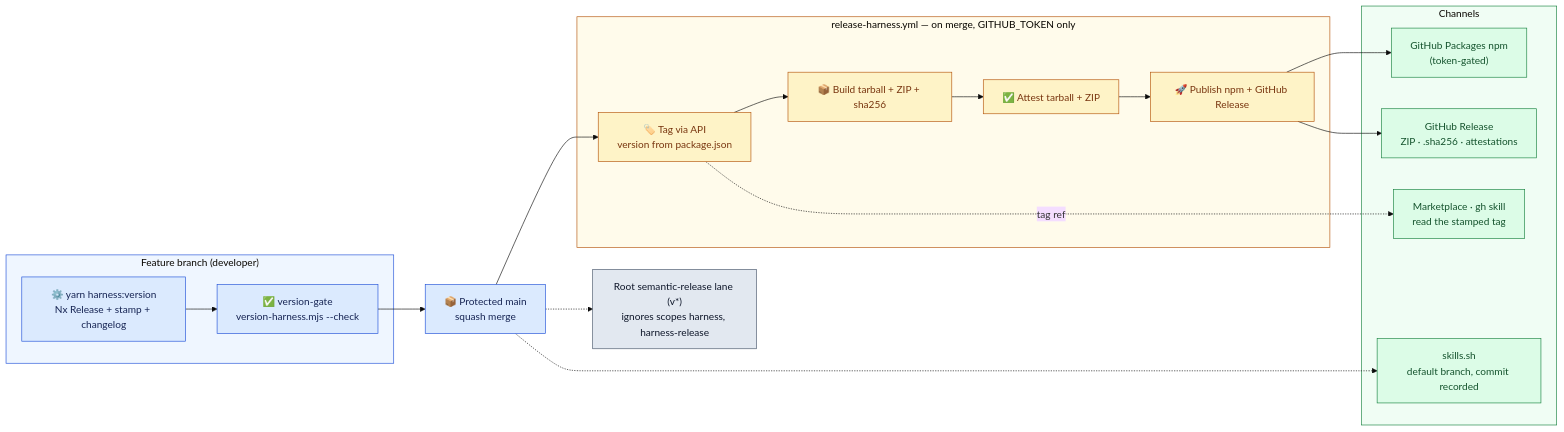
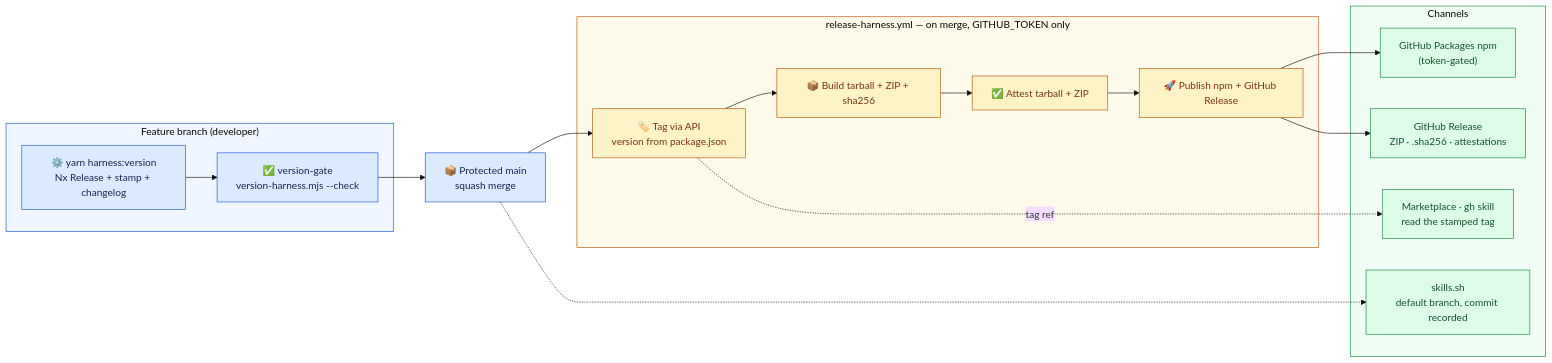
The diagram in docs/Target Architecture (HLD)/v1/Containers/Harness Release Pipeline.md (DataArt/artisyn-implementation-harness), drawn with Mermaid (base theme) before and after one commit. The commit also changed other lines of this file and 33 other files, not shown here.

First line of the commit message:
docs(release): describe the retired shim, the renamed E2E app and the single Nx release lane

````diff
--- a/docs/Target Architecture (HLD)/v1/Containers/Harness Release Pipeline.md
+++ b/docs/Target Architecture (HLD)/v1/Containers/Harness Release Pipeline.md
@@ -13,40 +13,36 @@
 ```mermaid
 flowchart LR
     subgraph PR ["  Feature branch (developer)  "]
         HV["⚙️ yarn harness:version\nNx Release + stamp + changelog"]:::source
         VG["✅ version-gate\nversion-harness.mjs --check"]:::source
     end
 
     subgraph PIPE ["  release-harness.yml — on merge, GITHUB_TOKEN only  "]
         TAG["🏷️ Tag via API\nversion from package.json"]:::pipe
         BUILD["📦 Build tarball + ZIP + sha256"]:::pipe
         ATT["✅ Attest tarball + ZIP"]:::pipe
         PUB["🚀 Publish npm + GitHub Release"]:::pipe
     end
 
     subgraph CH ["  Channels  "]
         NPM["GitHub Packages npm\n(token-gated)"]:::channel
         REL["GitHub Release\nZIP · .sha256 · attestations"]:::channel
         MK["Marketplace · gh skill\nread the stamped tag"]:::channel
         SKS["skills.sh\ndefault branch, commit recorded"]:::channel
     end
 
-    RSR["Root semantic-release lane (v*)\nignores scopes harness, harness-release"]:::separate
-
     MAIN["📦 Protected main\nsquash merge"]:::source
 
     HV --> VG --> MAIN --> TAG --> BUILD --> ATT --> PUB
     PUB --> NPM
     PUB --> REL
     TAG -.->|"tag ref"| MK
     MAIN -.-> SKS
-    MAIN -.-> RSR
 
     classDef source fill:#DBEAFE,stroke:#1D4ED8,color:#172554
     classDef pipe fill:#FEF3C7,stroke:#B45309,color:#78350F
     classDef channel fill:#DCFCE7,stroke:#15803D,color:#14532D
-    classDef separate fill:#E2E8F0,stroke:#475569,color:#0F172A
     style PR fill:#EFF6FF,stroke:#1D4ED8
     style PIPE fill:#FFFBEB,stroke:#B45309
     style CH fill:#F0FDF4,stroke:#15803D
 ```
````
